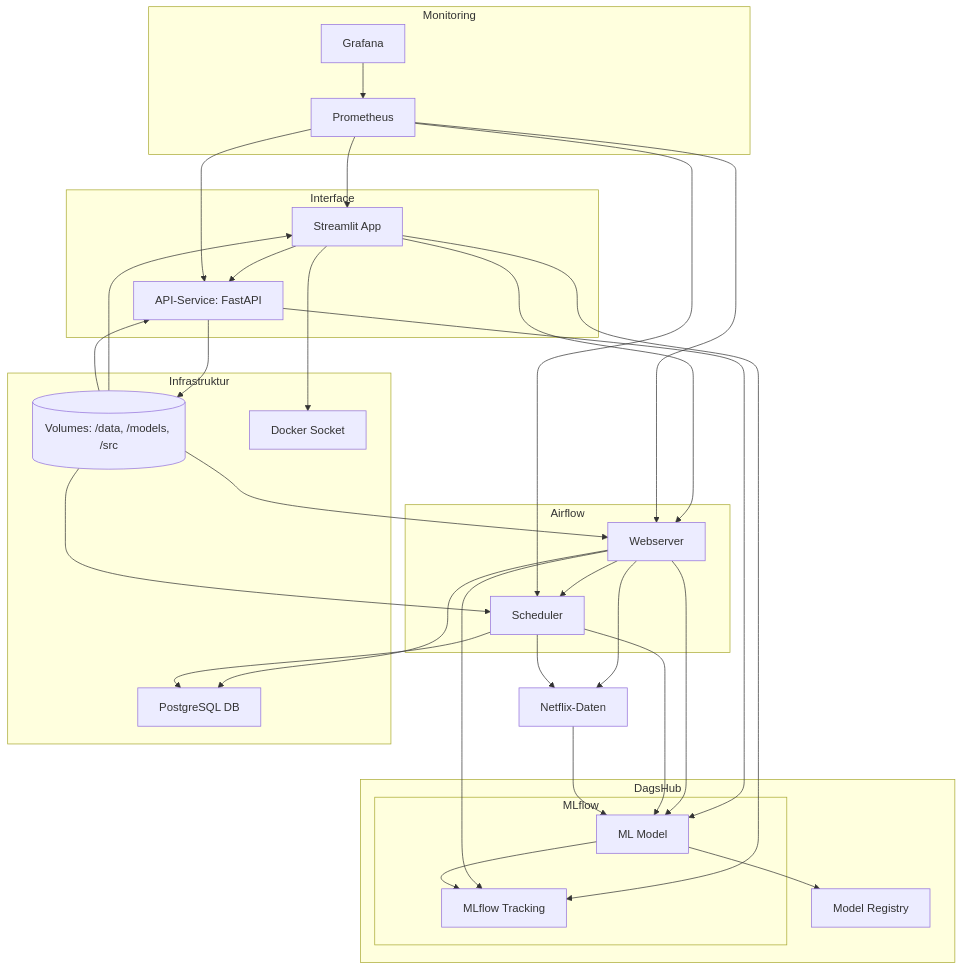
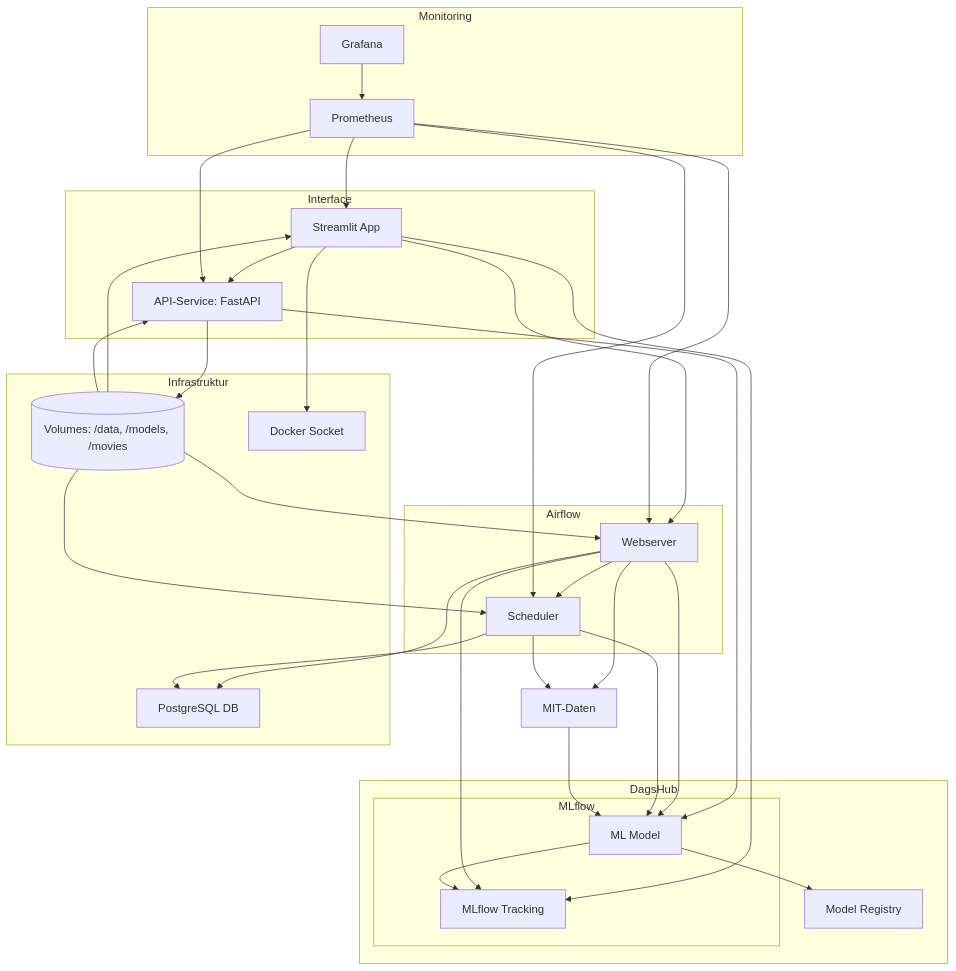
One commit to T01d4/MLOps_movie_rec_apr25 changed the diagram in README.md. Above: the diagram before and after it, drawn with Mermaid. The commit also changed other lines of this file, not shown here.

Commit message:
presentation update

````diff
--- a/README.md
+++ b/README.md
@@ -162,73 +162,73 @@
 ```mermaid
 graph TD
 
     %% User-Facing
     subgraph Interface
         A1[Streamlit App]
         A2[API-Service: FastAPI]
     end
 
     %% Orchestration
     subgraph Airflow
         B1[Webserver]
         B2[Scheduler]
     end
 
     %% Infrastruktur
     subgraph Infrastruktur
         C1[PostgreSQL DB]
-        C2[(Volumes: /data, /models, /src)]
+        C2[(Volumes: /data, /models, /movies)]
         C3[Docker Socket]
     end
 
     %% Monitoring
     subgraph Monitoring
         E1[Prometheus]
         E2[Grafana]
     end
 
     %% Modell & Daten
     subgraph DagsHub
         subgraph MLflow
             D1[ML Model]
             D3[MLflow Tracking]
         end
         D4[Model Registry]
     end
 
-    D2[Netflix-Daten]
+    D2[MIT-Daten]
 
     %% Beziehungen
     A1 --> A2
     A1 --> B1
     A1 --> D3
     A1 --> C3
 
     A2 --> D1
     A2 --> C2
 
     B1 --> B2
     B1 --> D1
     B2 --> D1
     B1 --> C1
     B2 --> C1
     B1 --> D2
     B2 --> D2
 
     B1 --> D3
     D1 --> D3
     D1 --> D4
     D2 --> D1
 
     C2 --> A1
     C2 --> A2
     C2 --> B1
     C2 --> B2
 
     E1 --> B1
     E1 --> B2
     E1 --> A1
     E1 --> A2
     E2 --> E1
 
 ```
````
